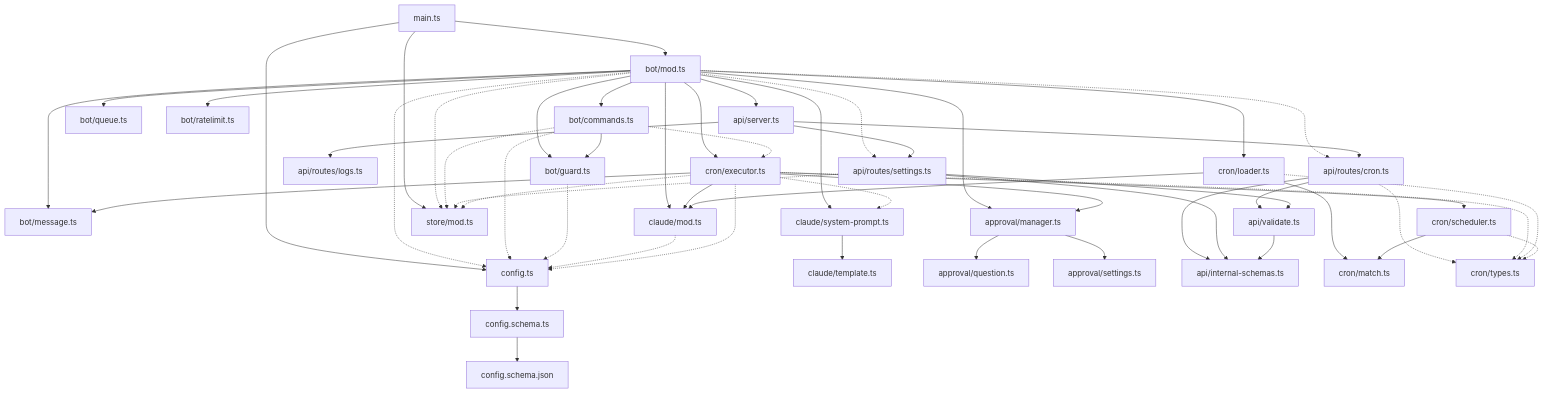
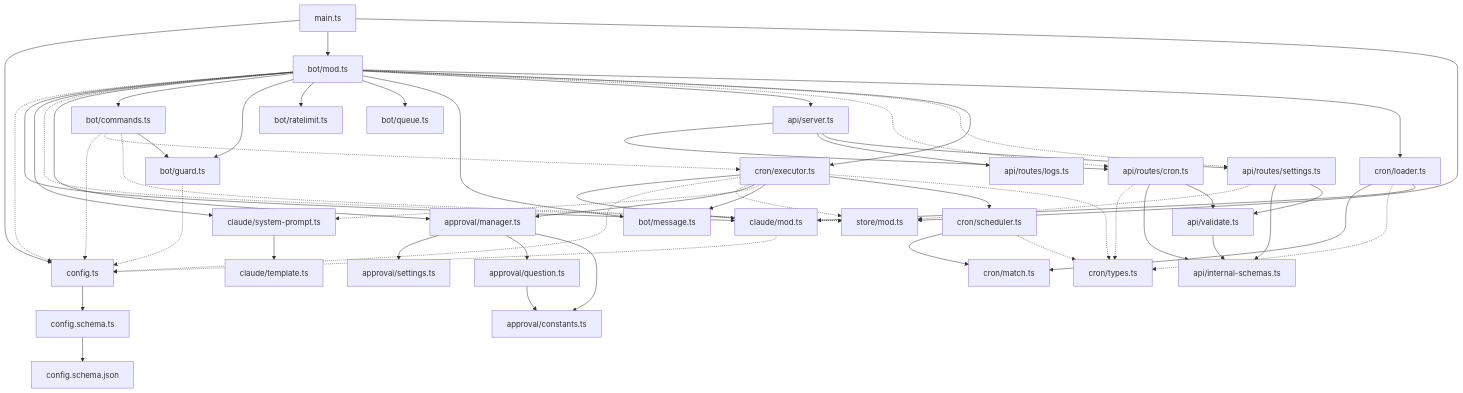
Before and after one commit to ansanloms/loms-claw: the second of 2 diagrams in docs/architecture/README.md, drawn with Mermaid. The commit also changed other lines of this file and 7 other files, not shown here.

```diff
--- a/docs/architecture/README.md
+++ b/docs/architecture/README.md
@@ -96,6 +96,7 @@
   approval[approval/manager.ts]
   question[approval/question.ts]
   asettings[approval/settings.ts]
+  aconstants[approval/constants.ts]
   server[api/server.ts]
   rcron[api/routes/cron.ts]
   rlogs[api/routes/logs.ts]
@@ -141,6 +142,8 @@
 
   approval --> asettings
   approval --> question
+  approval --> aconstants
+  question --> aconstants
 
   server --> rcron
   server --> rlogs
```
